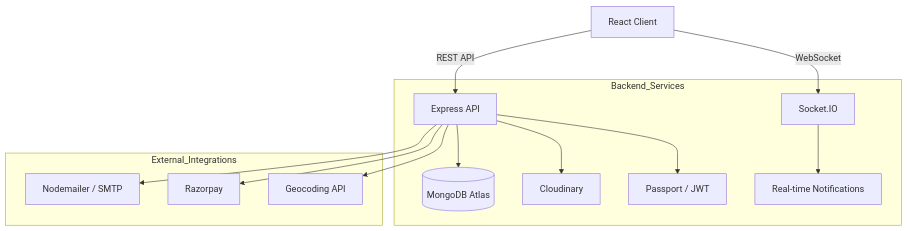
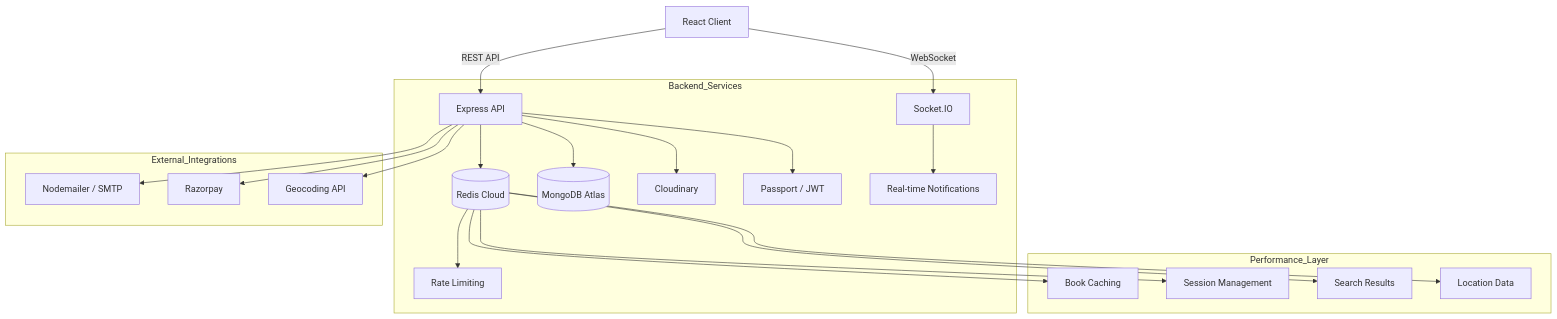
The second of 2 diagrams in README.md (abhijeetBhale/Book-Hive), drawn with Mermaid before and after one commit. The commit also changed other lines of this file and 14 other files, not shown here.

First line of the commit message:
feat(performance): added "Redis cloud Console" for better cache and performance

````diff
--- a/README.md
+++ b/README.md
@@ -53,18 +55,27 @@
 ```mermaid
 flowchart TD
     Client[React Client] -->|REST API| API[Express API]
     Client -->|WebSocket| Socket[Socket.IO]
 
     subgraph Backend_Services
+        API --> Cache[(Redis Cloud)]
         API --> DB[(MongoDB Atlas)]
         API --> Cloud[Cloudinary]
         API --> Auth[Passport / JWT]
         Socket --> Notify[Real-time Notifications]
+        Cache --> RateLimit[Rate Limiting]
     end
 
     subgraph External_Integrations
         API --> Mail[Nodemailer / SMTP]
         API --> Pay[Razorpay]
         API --> Geo[Geocoding API]
     end
+
+    subgraph Performance_Layer
+        Cache --> BookCache[Book Caching]
+        Cache --> SessionCache[Session Management]
+        Cache --> SearchCache[Search Results]
+        Cache --> GeoCache[Location Data]
+    end
 ```
````
